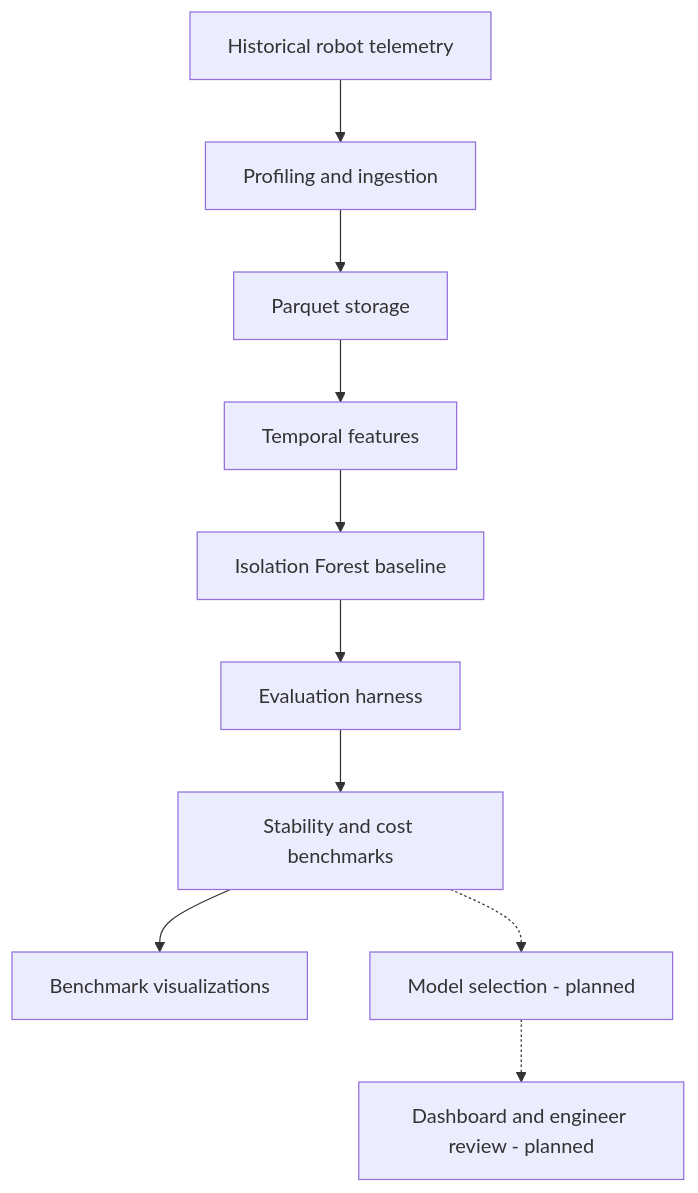
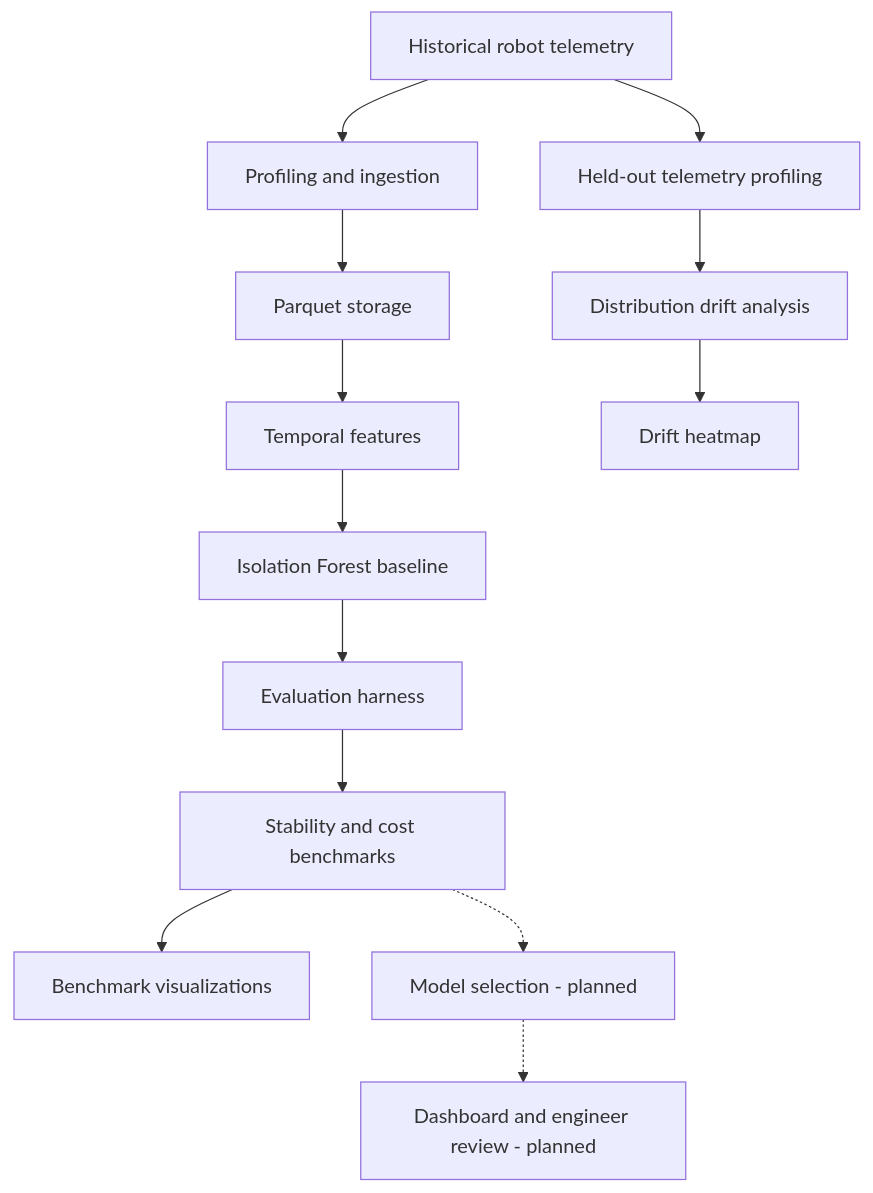
The diagram in README.md (AimanManzoor/Roboops-intelligence-lab), drawn with Mermaid before and after one commit. The commit also changed other lines of this file, not shown here.

Commit message:
Organize drift visualization and update project architecture and roadmap

````diff
--- a/README.md
+++ b/README.md
@@ -33,12 +23,15 @@
 ```mermaid
 flowchart TD
     A[Historical robot telemetry] --> B[Profiling and ingestion]
     B --> C[Parquet storage]
     C --> D[Temporal features]
     D --> E[Isolation Forest baseline]
     E --> F[Evaluation harness]
     F --> G[Stability and cost benchmarks]
     G --> H[Benchmark visualizations]
+    A --> L[Held-out telemetry profiling]
+    L --> M[Distribution drift analysis]
+    M --> N[Drift heatmap]
     G -.-> I[Model selection - planned]
     I -.-> J[Dashboard and engineer review - planned]
 ```
````
